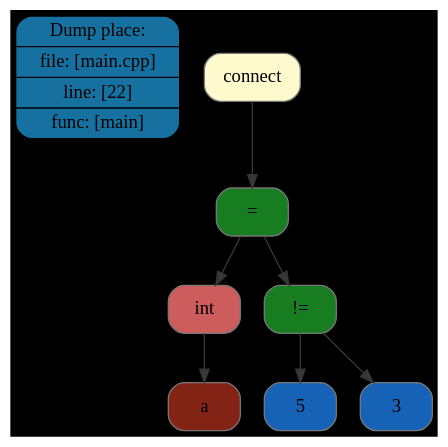
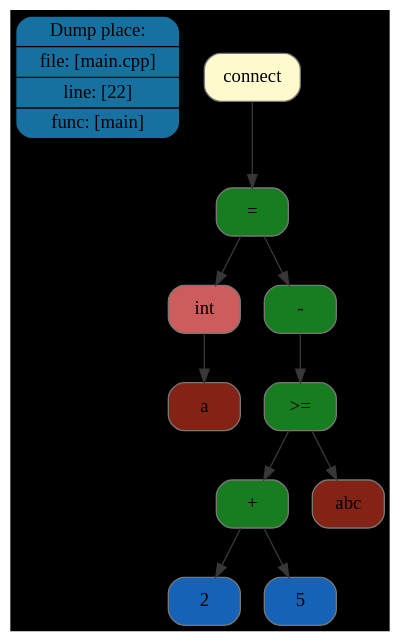
The diagram in FrontEnd/dot/tree/dot/tree1.dot (Maksim-Sebelev/Language), drawn with Graphviz before and after one commit. The commit also changed 24 other files, not shown here.

```diff
--- a/FrontEnd/dot/tree/dot/tree1.dot
+++ b/FrontEnd/dot/tree/dot/tree1.dot
@@ -1,19 +1,25 @@
 digraph G{
 rankdir=TB
 graph [bgcolor="#000000"];
 place[shape=Mrecord, style=filled, fillcolor="#1771a0", pos="0,1!",label = " { Dump place: | file: [main.cpp] | line: [22] | func: [main] } "color = "#000000"];
-node0x506000000260[shape=Mrecord, style=filled, fillcolor="#FFFACD"label = "\connect", color = "#777777"];
-node0x506000000200[shape=Mrecord, style=filled, fillcolor="#177d20"label = "\=", color = "#777777"];
-node0x506000000020[shape=Mrecord, style=filled, fillcolor="#CD5C5C"label = "\int", color = "#777777"];
-node0x506000000080[shape=Mrecord, style=filled, fillcolor="#832316"label = "a", color = "#777777"];
-node0x5060000001a0[shape=Mrecord, style=filled, fillcolor="#177d20"label = "\!=", color = "#777777"];
-node0x5060000000e0[shape=Mrecord, style=filled, fillcolor="#1662b7"label = "5", color = "#777777"];
-node0x506000000140[shape=Mrecord, style=filled, fillcolor="#1662b7"label = "3", color = "#777777"];
+node0x507000000480[shape=Mrecord, style=filled, fillcolor="#FFFACD"label = "\connect", color = "#777777"];
+node0x507000000410[shape=Mrecord, style=filled, fillcolor="#177d20"label = "\=", color = "#777777"];
+node0x507000000090[shape=Mrecord, style=filled, fillcolor="#CD5C5C"label = "\int", color = "#777777"];
+node0x507000000100[shape=Mrecord, style=filled, fillcolor="#832316"label = "a", color = "#777777"];
+node0x5070000003a0[shape=Mrecord, style=filled, fillcolor="#177d20"label = "\-", color = "#777777"];
+node0x507000000330[shape=Mrecord, style=filled, fillcolor="#177d20"label = "\>=", color = "#777777"];
+node0x507000000250[shape=Mrecord, style=filled, fillcolor="#177d20"label = "\+", color = "#777777"];
+node0x507000000170[shape=Mrecord, style=filled, fillcolor="#1662b7"label = "2", color = "#777777"];
+node0x5070000001e0[shape=Mrecord, style=filled, fillcolor="#1662b7"label = "5", color = "#777777"];
+node0x5070000002c0[shape=Mrecord, style=filled, fillcolor="#832316"label = "abc", color = "#777777"];
 edge[color="#373737"];
-node0x506000000260->node0x506000000200;
-node0x506000000200->node0x506000000020;
-node0x506000000020->node0x506000000080;
-node0x506000000200->node0x5060000001a0;
-node0x5060000001a0->node0x5060000000e0;
-node0x5060000001a0->node0x506000000140;
+node0x507000000480->node0x507000000410;
+node0x507000000410->node0x507000000090;
+node0x507000000090->node0x507000000100;
+node0x507000000410->node0x5070000003a0;
+node0x5070000003a0->node0x507000000330;
+node0x507000000330->node0x507000000250;
+node0x507000000250->node0x507000000170;
+node0x507000000250->node0x5070000001e0;
+node0x507000000330->node0x5070000002c0;
 }
```
